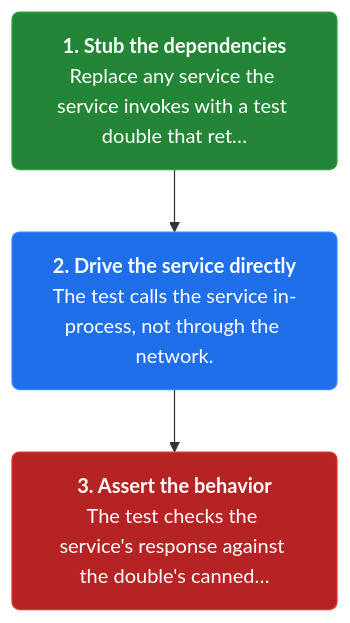
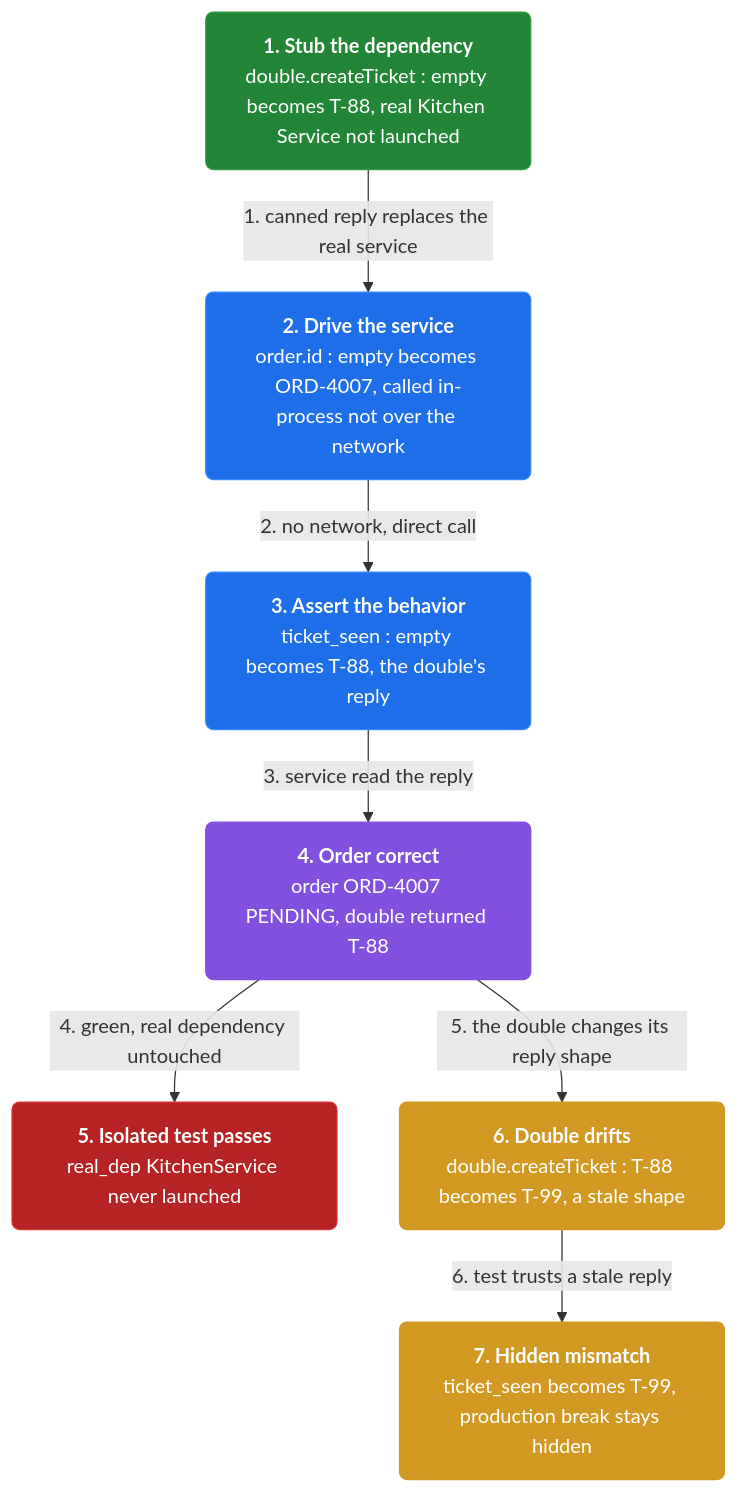
One commit to vinayakuber/microservices-io-study-guide changed the third of 4 diagrams in docs/ch27-service-component-test.md. Above: the diagram before and after it, drawn with Mermaid. The commit also changed other lines of this file and 46 other files, not shown here.

First line of the commit message:
Author rich branching flow diagrams for all 44 chapters

````diff
--- a/docs/ch27-service-component-test.md
+++ b/docs/ch27-service-component-test.md
@@ -87,11 +112,21 @@
 ```mermaid
 flowchart TD
-  classDef step fill:#1f6feb,color:#ffffff,stroke:#388bfd,stroke-width:1px,rx:6
+  classDef step fill:#1f6feb,color:#ffffff,stroke:#388bfd,rx:6
+  classDef core fill:#8250df,color:#ffffff,stroke:#8250df,rx:6
+  classDef warn fill:#d29922,color:#ffffff,stroke:#d29922,rx:6
   classDef start fill:#238636,color:#ffffff,stroke:#2ea043,rx:6
   classDef stop fill:#b62324,color:#ffffff,stroke:#da3633,rx:6
-  s2n0["<b>1. Stub the dependencies</b><br/>Replace any service the service invokes with a test double that ret…"]:::start
-  s2n1["<b>2. Drive the service directly</b><br/>The test calls the service in-process, not through the network."]:::step
-  s2n2["<b>3. Assert the behavior</b><br/>The test checks the service's response against the double's canned…"]:::stop
-  s2n0 --> s2n1
-  s2n1 --> s2n2
+  n0["<b>1. Stub the dependency</b><br/>double.createTicket : empty becomes T-88, real Kitchen Service not launched"]:::start
+  n1["<b>2. Drive the service</b><br/>order.id : empty becomes ORD-4007, called in-process not over the network"]:::step
+  n2["<b>3. Assert the behavior</b><br/>ticket_seen : empty becomes T-88, the double's reply"]:::step
+  n3["<b>4. Order correct</b><br/>order ORD-4007 PENDING, double returned T-88"]:::core
+  n4["<b>5. Isolated test passes</b><br/>real_dep KitchenService never launched"]:::stop
+  n5["<b>6. Double drifts</b><br/>double.createTicket : T-88 becomes T-99, a stale shape"]:::warn
+  n6["<b>7. Hidden mismatch</b><br/>ticket_seen becomes T-99, production break stays hidden"]:::warn
+  n0 -->|"1. canned reply replaces the real service"| n1
+  n1 -->|"2. no network, direct call"| n2
+  n2 -->|"3. service read the reply"| n3
+  n3 -->|"4. green, real dependency untouched"| n4
+  n3 -->|"5. the double changes its reply shape"| n5
+  n5 -->|"6. test trusts a stale reply"| n6
 ```
````
